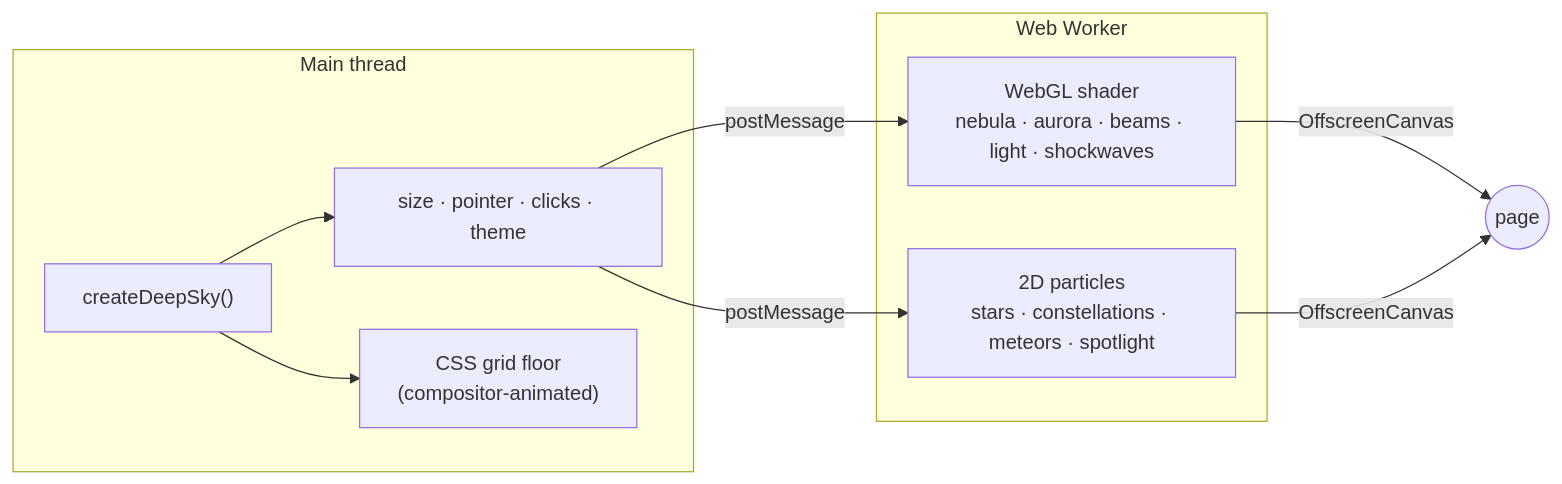
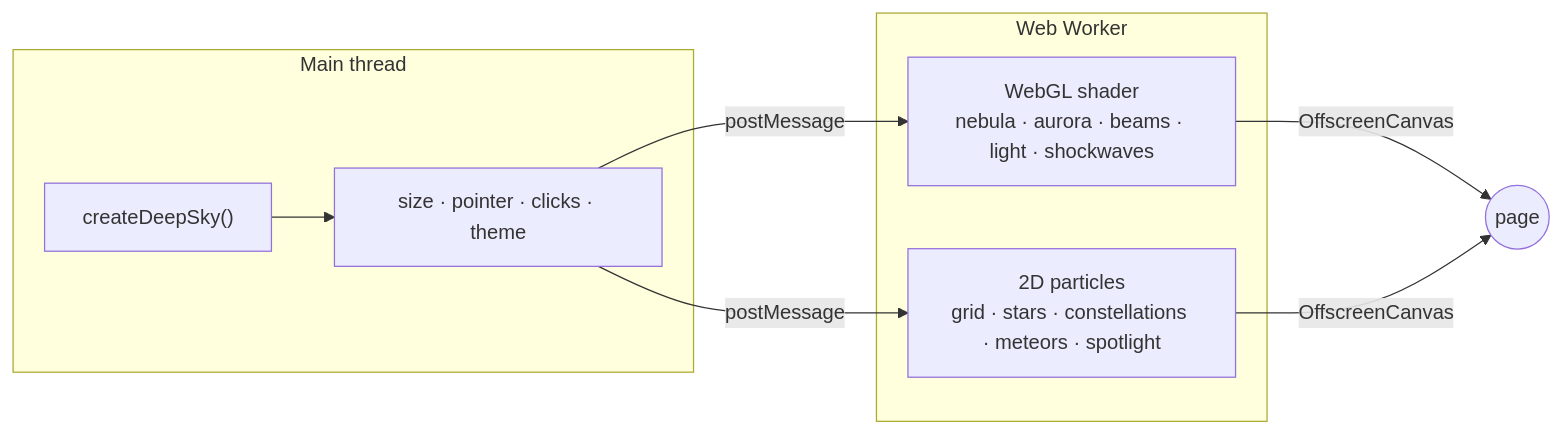
Before and after one commit to RaphaelPelerin/Deep-Sky: the diagram in README.md, drawn with Mermaid. The commit also changed other lines of this file and 4 other files, not shown here.

````diff
--- a/README.md
+++ b/README.md
@@ -298,15 +298,14 @@
 ```mermaid
 flowchart LR
   subgraph main["Main thread"]
     A["createDeepSky()"] --> B["size · pointer · clicks · theme"]
-    A --> C["CSS grid floor<br/>(compositor-animated)"]
   end
   subgraph worker["Web Worker"]
     D["WebGL shader<br/>nebula · aurora · beams · light · shockwaves"]
-    E["2D particles<br/>stars · constellations · meteors · spotlight"]
+    E["2D particles<br/>grid · stars · constellations · meteors · spotlight"]
   end
   B -- postMessage --> D
   B -- postMessage --> E
   D -- OffscreenCanvas --> F(("page"))
   E -- OffscreenCanvas --> F
 ```
````
